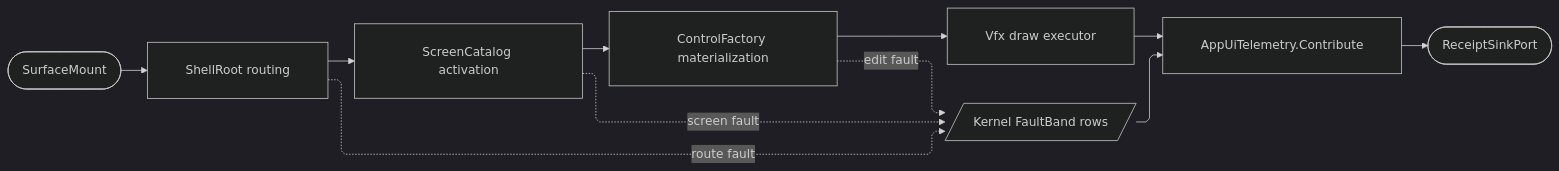
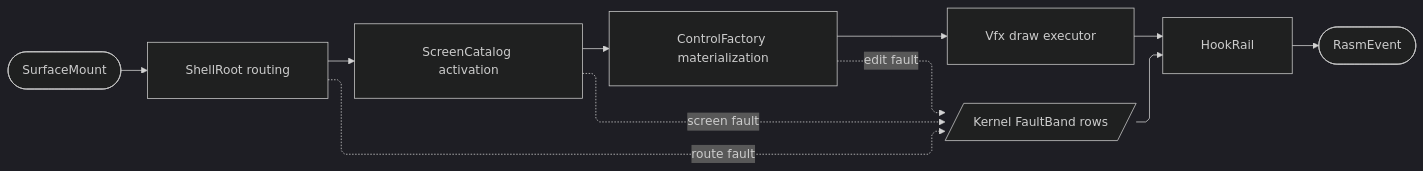
The fourth of 4 diagrams in libs/dotnet/Rasm.AppUi/ARCHITECTURE.md (bsamiee/Rasm), drawn with Mermaid (dark theme) before and after one commit. The commit also changed other lines of this file and 1417 other files, not shown here.

````diff
--- a/libs/dotnet/Rasm.AppUi/ARCHITECTURE.md
+++ b/libs/dotnet/Rasm.AppUi/ARCHITECTURE.md
@@ -268,22 +268,22 @@
 ```mermaid
 ---
 config:
   layout: elk
   flowchart:
     curve: linear
     padding: 25
 ---
 flowchart LR
-    accTitle: Rasm.AppUi mount-to-receipt spine
+    accTitle: Rasm.AppUi mount-to-event rail
     accDescr: How a mounted surface routes through shell, screens, and controls onto the draw executor while faults converge on the band.
     Mount(["SurfaceMount"]) e1@--> Route["ShellRoot routing"]
     Route e2@--> Screen["ScreenCatalog activation"]
     Screen e3@--> Control["ControlFactory materialization"]
     Control e4@--> Draw["Vfx draw executor"]
-    Draw e5@--> Spine["AppUiTelemetry.Contribute"]
-    Spine e6@--> Sink(["ReceiptSinkPort"])
+    Draw e5@--> Spine["HookRail"]
+    Spine e6@--> Event(["RasmEvent"])
     Route f1@-.->|"route fault"| Band[/Kernel FaultBand rows/]
     Screen f2@-.->|"screen fault"| Band
     Control f3@-.->|"edit fault"| Band
     Band f4@--> Spine
 ```
````
